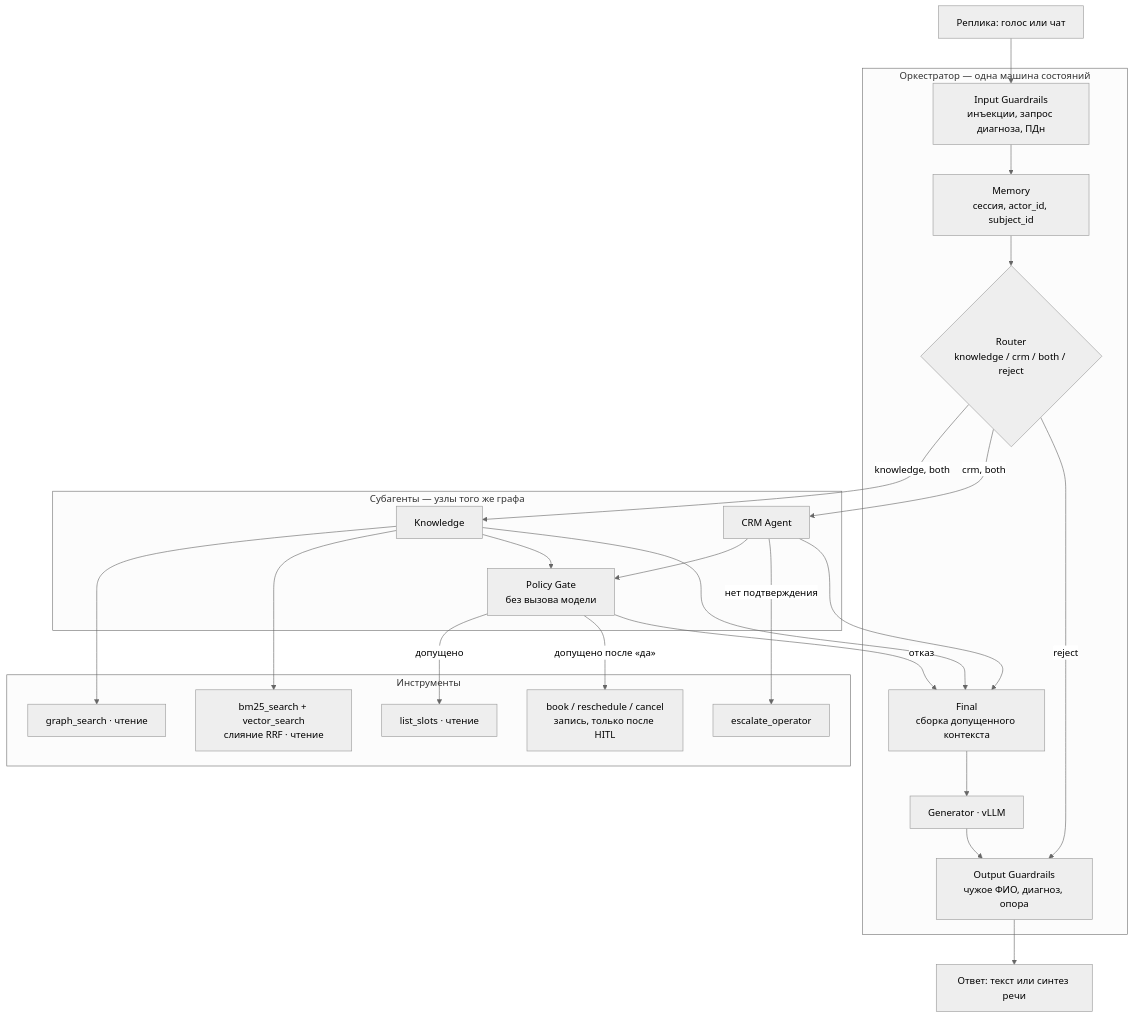
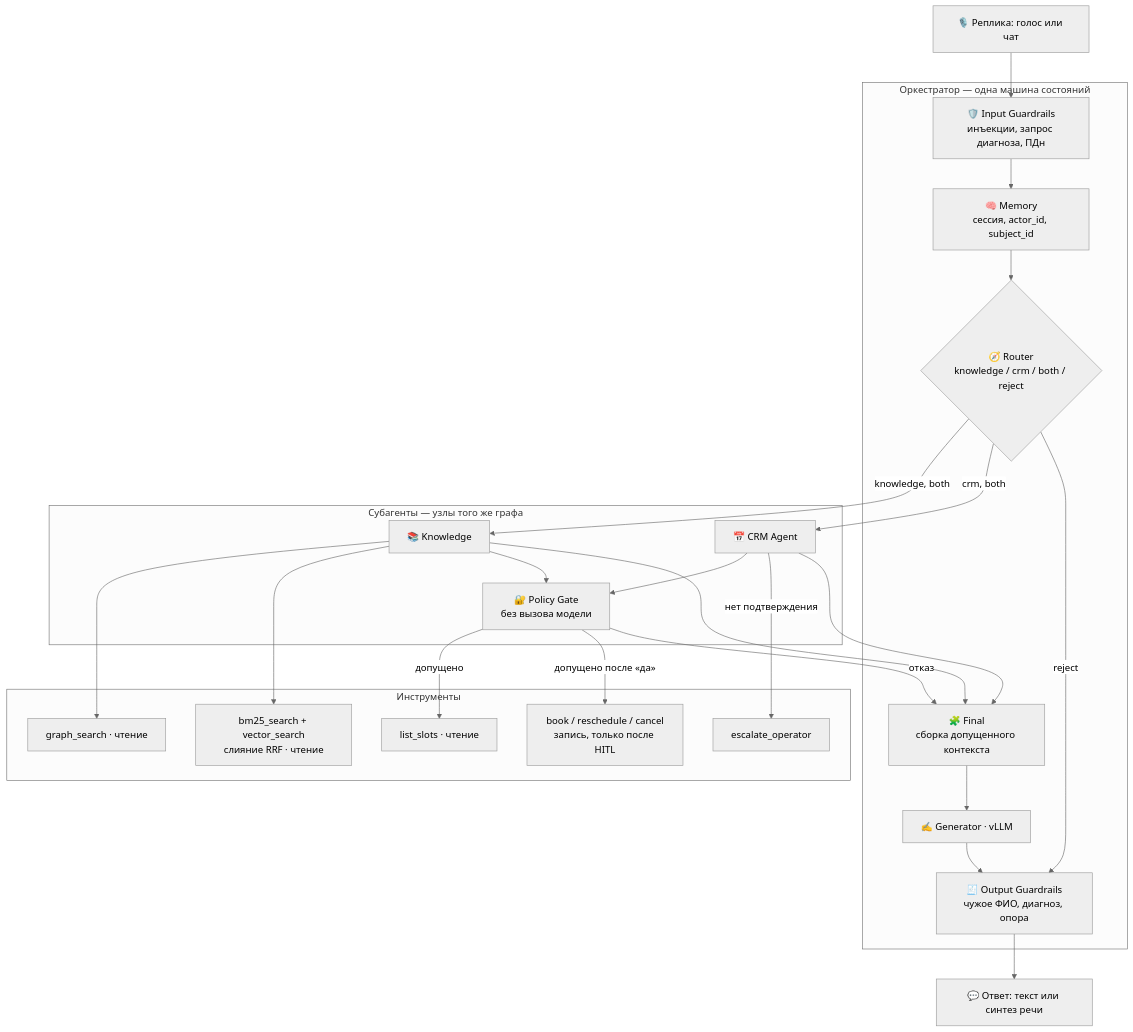
One commit to divisee/otus-ai-architect changed the fourth of 12 diagrams in final-project/README.md. Above: the diagram before and after it, drawn with Mermaid (neutral theme). The commit also changed other lines of this file and 2 other files, not shown here.

Commit message:
Draw the agent graph on the slide instead of three columns
The multi-agent slide now carries a real node-edge diagram: the router
splits into the Knowledge and CRM subagents, each with its own tools
listed underneath, both converge on the Policy gate, and the answer path
runs generator → output filters → reply, with the refusal branch drawn
dashed in carmine straight from the router. Agents carry icons here and
in the README mermaid source.

````diff
--- a/final-project/README.md
+++ b/final-project/README.md
@@ -415,45 +415,45 @@
 ```mermaid
 flowchart TB
-    IN[Реплика: голос или чат] --> IG[Input Guardrails<br/>инъекции, запрос диагноза, ПДн]
+    IN[🎙️ Реплика: голос или чат] --> IG[🛡️ Input Guardrails<br/>инъекции, запрос диагноза, ПДн]
 
     subgraph ORCH["Оркестратор — одна машина состояний"]
-        IG --> MEM[Memory<br/>сессия, actor_id, subject_id]
-        MEM --> RTR{Router<br/>knowledge / crm / both / reject}
-        FIN[Final<br/>сборка допущенного контекста]
-        GEN[Generator · vLLM]
-        OG[Output Guardrails<br/>чужое ФИО, диагноз, опора]
+        IG --> MEM[🧠 Memory<br/>сессия, actor_id, subject_id]
+        MEM --> RTR{🧭 Router<br/>knowledge / crm / both / reject}
+        FIN[🧩 Final<br/>сборка допущенного контекста]
+        GEN[✍️ Generator · vLLM]
+        OG[🧾 Output Guardrails<br/>чужое ФИО, диагноз, опора]
     end
 
     subgraph SUB["Субагенты — узлы того же графа"]
-        KN[Knowledge]
-        CRMA[CRM Agent]
-        POL[Policy Gate<br/>без вызова модели]
+        KN[📚 Knowledge]
+        CRMA[📅 CRM Agent]
+        POL[🔐 Policy Gate<br/>без вызова модели]
     end
 
     subgraph TOOLS["Инструменты"]
         T1[graph_search · чтение]
         T2[bm25_search + vector_search<br/>слияние RRF · чтение]
         T3[list_slots · чтение]
         T4[book / reschedule / cancel<br/>запись, только после HITL]
         T5[escalate_operator]
     end
 
     RTR -->|knowledge, both| KN
     RTR -->|crm, both| CRMA
     RTR -->|reject| OG
 
     KN --> T1
     KN --> T2
     KN --> POL
     CRMA --> POL
     POL -->|допущено| T3
     POL -->|допущено после «да»| T4
     POL -->|отказ| FIN
     CRMA -->|нет подтверждения| T5
 
     KN --> FIN
     CRMA --> FIN
     FIN --> GEN
     GEN --> OG
-    OG --> OUT[Ответ: текст или синтез речи]
+    OG --> OUT[💬 Ответ: текст или синтез речи]
 ```
````
